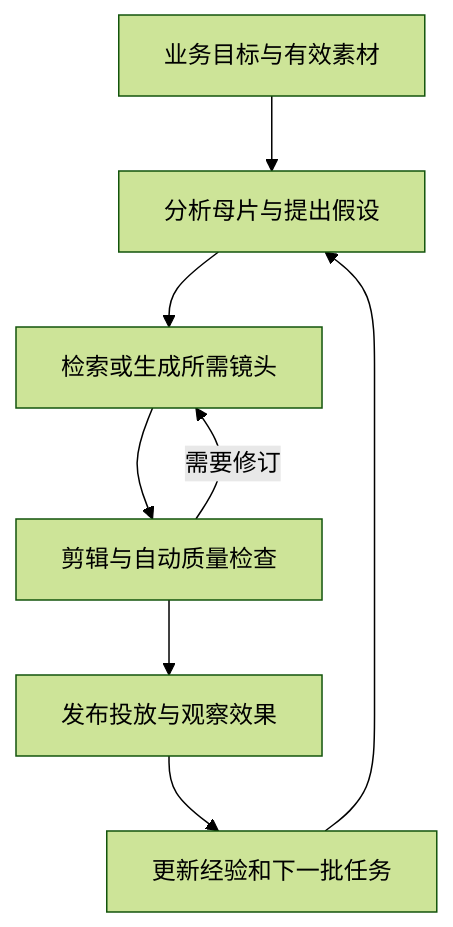
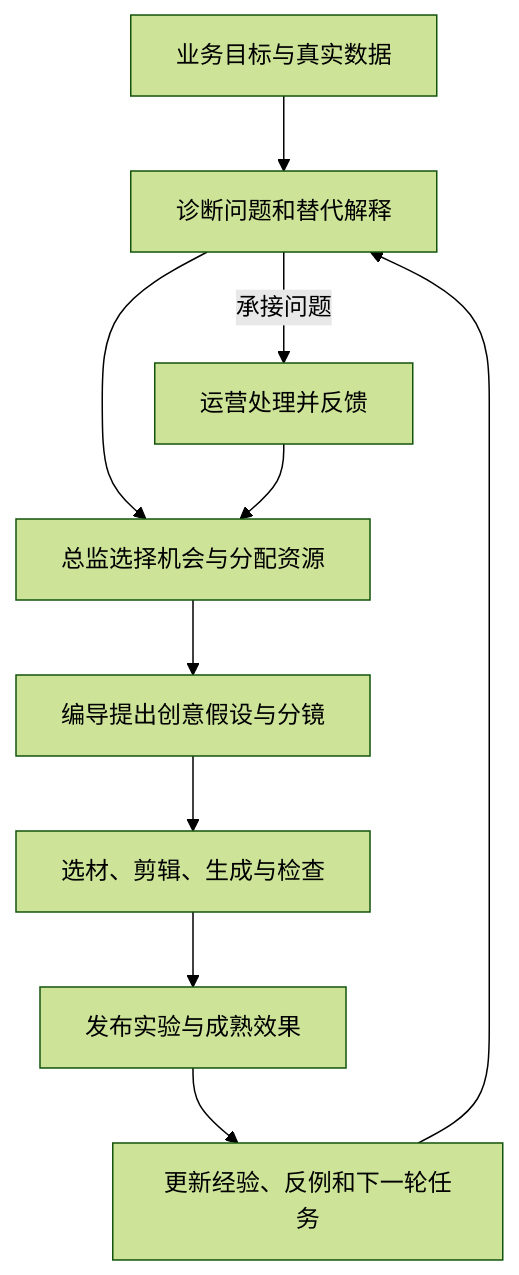
The first of 2 diagrams in src/content/posts/from-datahub-to-ai-hub-02-agent-content-production.md (bigKING67/blog), drawn with Mermaid (forest theme) before and after one commit. The commit also changed other lines of this file, not shown here.

````diff
--- a/src/content/posts/from-datahub-to-ai-hub-02-agent-content-production.md
+++ b/src/content/posts/from-datahub-to-ai-hub-02-agent-content-production.md
@@ -36,10 +79,12 @@
 ```mermaid
 flowchart TD
-  A[业务目标与有效素材] --> B[分析母片与提出假设]
-  B --> C[检索或生成所需镜头]
-  C --> D[剪辑与自动质量检查]
-  D --> E[发布投放与观察效果]
-  E --> F[更新经验和下一批任务]
-  F --> B
-  D -->|需要修订| C
+  A[业务目标与真实数据] --> B[诊断问题和替代解释]
+  B --> C[总监选择机会与分配资源]
+  C --> D[编导提出创意假设与分镜]
+  D --> E[选材、剪辑、生成与检查]
+  E --> F[发布实验与成熟效果]
+  F --> G[更新经验、反例和下一轮任务]
+  G --> B
+  B -->|承接问题| H[运营处理并反馈]
+  H --> C
 ```
````
